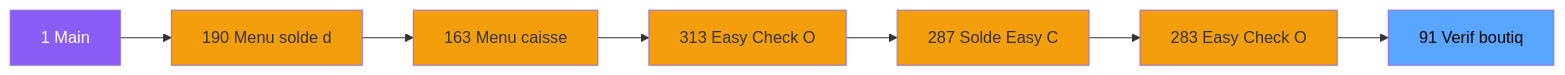
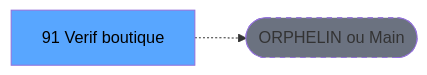
Before and after one commit to thonyAGP/lecteur-magic: the second of 3 diagrams in .openspec/renders/ADH-IDE-91.md, drawn with Mermaid. The commit also changed other lines of this file and 701 other files, not shown here.

````diff
--- a/.openspec/renders/ADH-IDE-91.md
+++ b/.openspec/renders/ADH-IDE-91.md
@@ -113,23 +117,8 @@
 ```mermaid
 graph LR
-    M[1 Main]
-    N190[190 Menu solde d]
-    N163[163 Menu caisse ]
-    N313[313 Easy Check O]
-    N287[287 Solde Easy C]
-    N283[283 Easy Check O]
-    T[91 Verif boutiq]
-    M --> N190
-    N190 --> N163
-    N163 --> N313
-    N313 --> N287
-    N287 --> N283
-    N283 --> T
-    style M fill:#8b5cf6,color:#fff
-    style N190 fill:#f59e0b
-    style N163 fill:#f59e0b
-    style N313 fill:#f59e0b
-    style N287 fill:#f59e0b
-    style N283 fill:#f59e0b
+    T[91 Verif boutique]
+    ORPHAN([ORPHELIN ou Main])
+    T -.-> ORPHAN
     style T fill:#58a6ff,color:#000
+    style ORPHAN fill:#6b7280,stroke-dasharray: 5 5
 ```
````
